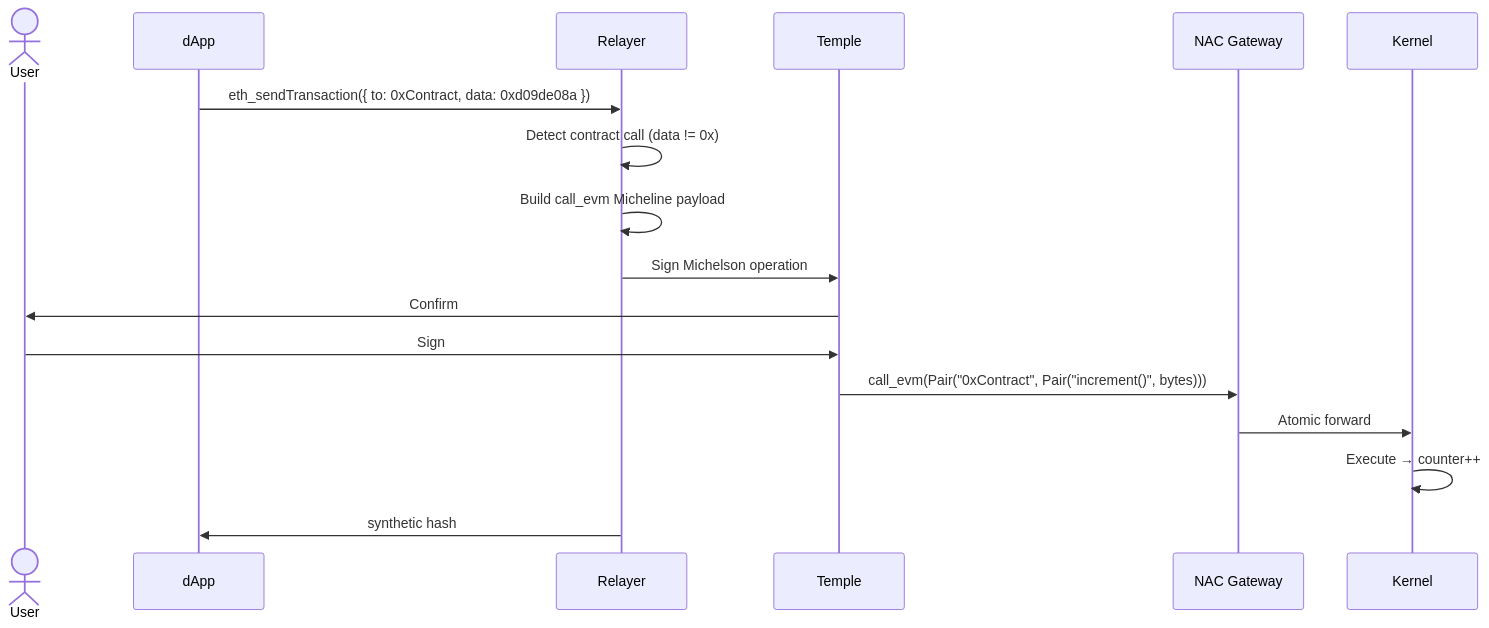
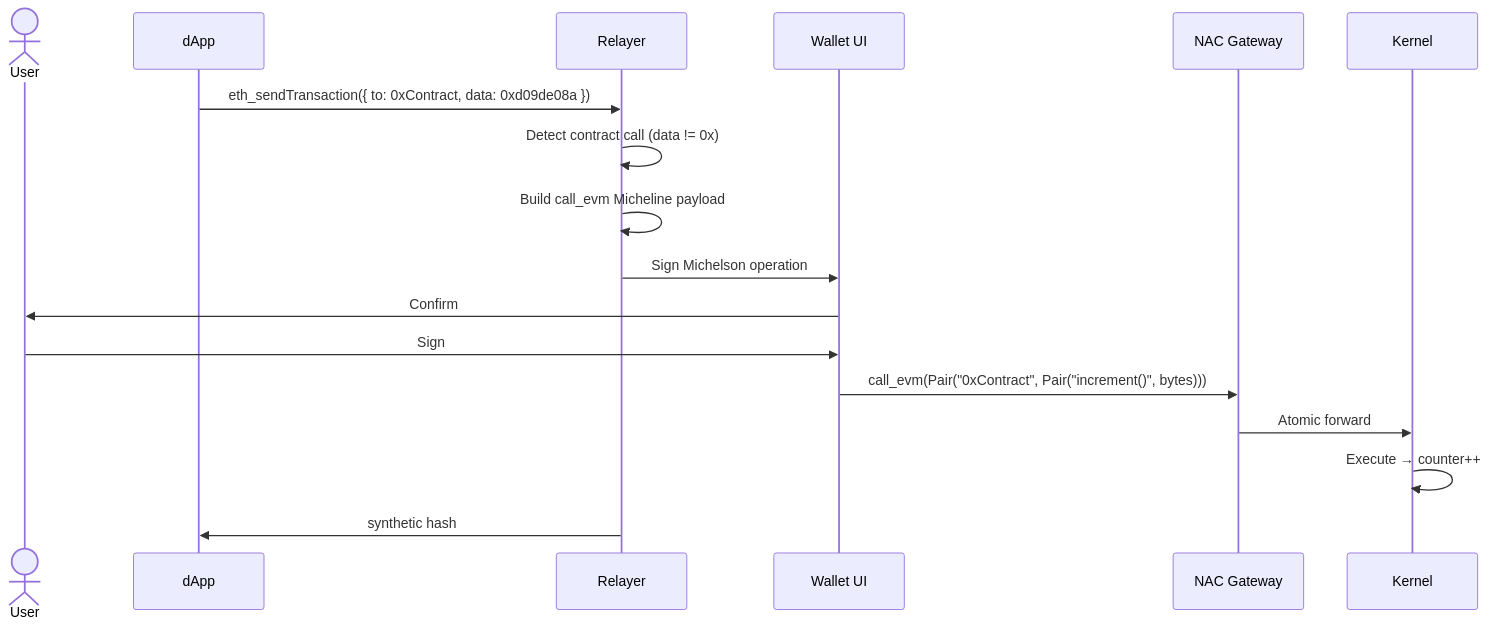
Before and after one commit to Rasalghulsslayer/tezos-x-wallet-mod: the diagram in website/docs/user-flows/smart-contract-call.md, drawn with Mermaid. The commit also changed other lines of this file and 498 other files, not shown here.

````diff
--- a/website/docs/user-flows/smart-contract-call.md
+++ b/website/docs/user-flows/smart-contract-call.md
@@ -41,20 +54,20 @@
 ```mermaid
 sequenceDiagram
     actor User
     participant dApp
     participant Relayer
-    participant Temple
+    participant Wallet as Wallet UI
     participant Gateway as NAC Gateway
     participant Kernel
 
     dApp->>Relayer: eth_sendTransaction({ to: 0xContract, data: 0xd09de08a })
     Relayer->>Relayer: Detect contract call (data != 0x)
     Relayer->>Relayer: Build call_evm Micheline payload
-    Relayer->>Temple: Sign Michelson operation
-    Temple->>User: Confirm
-    User->>Temple: Sign
-    Temple->>Gateway: call_evm(Pair("0xContract", Pair("increment()", bytes)))
+    Relayer->>Wallet: Sign Michelson operation
+    Wallet->>User: Confirm
+    User->>Wallet: Sign
+    Wallet->>Gateway: call_evm(Pair("0xContract", Pair("increment()", bytes)))
     Gateway->>Kernel: Atomic forward
     Kernel->>Kernel: Execute → counter++
     Relayer->>dApp: synthetic hash
 ```
````
